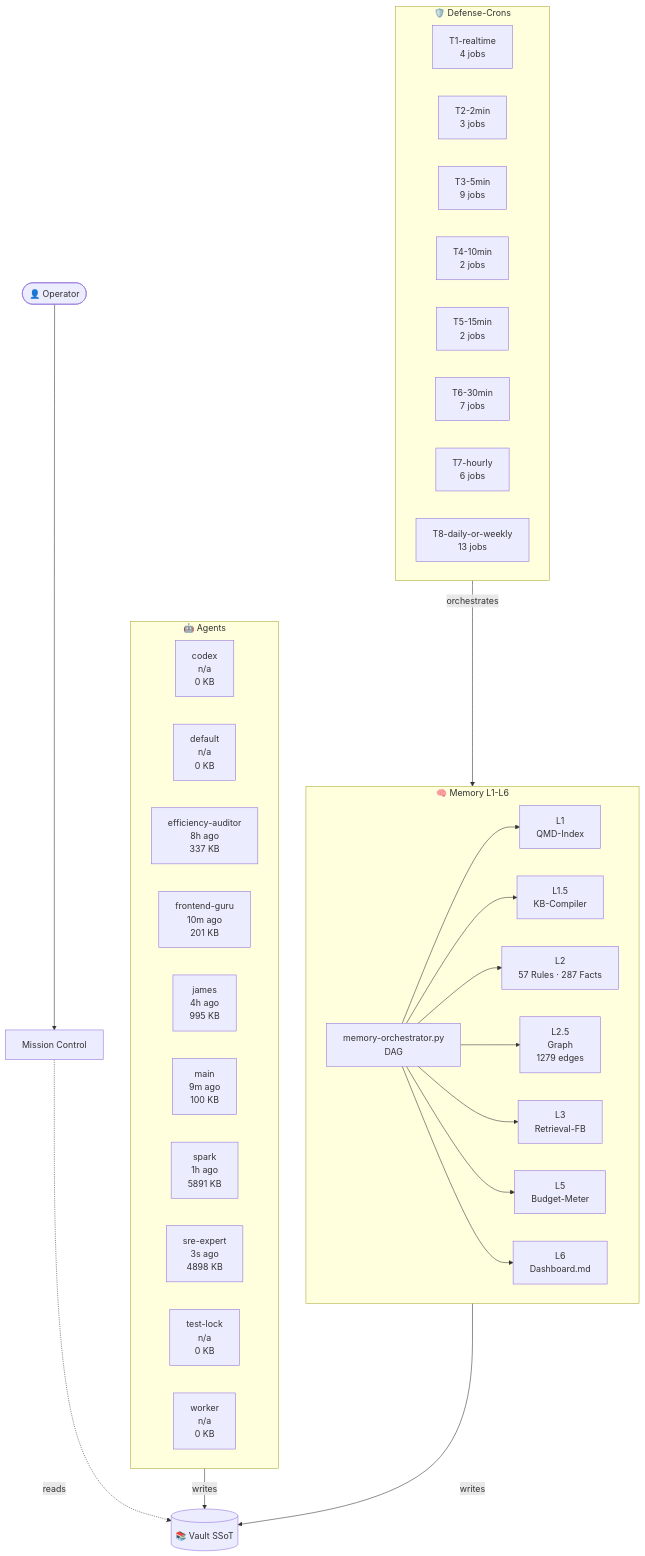
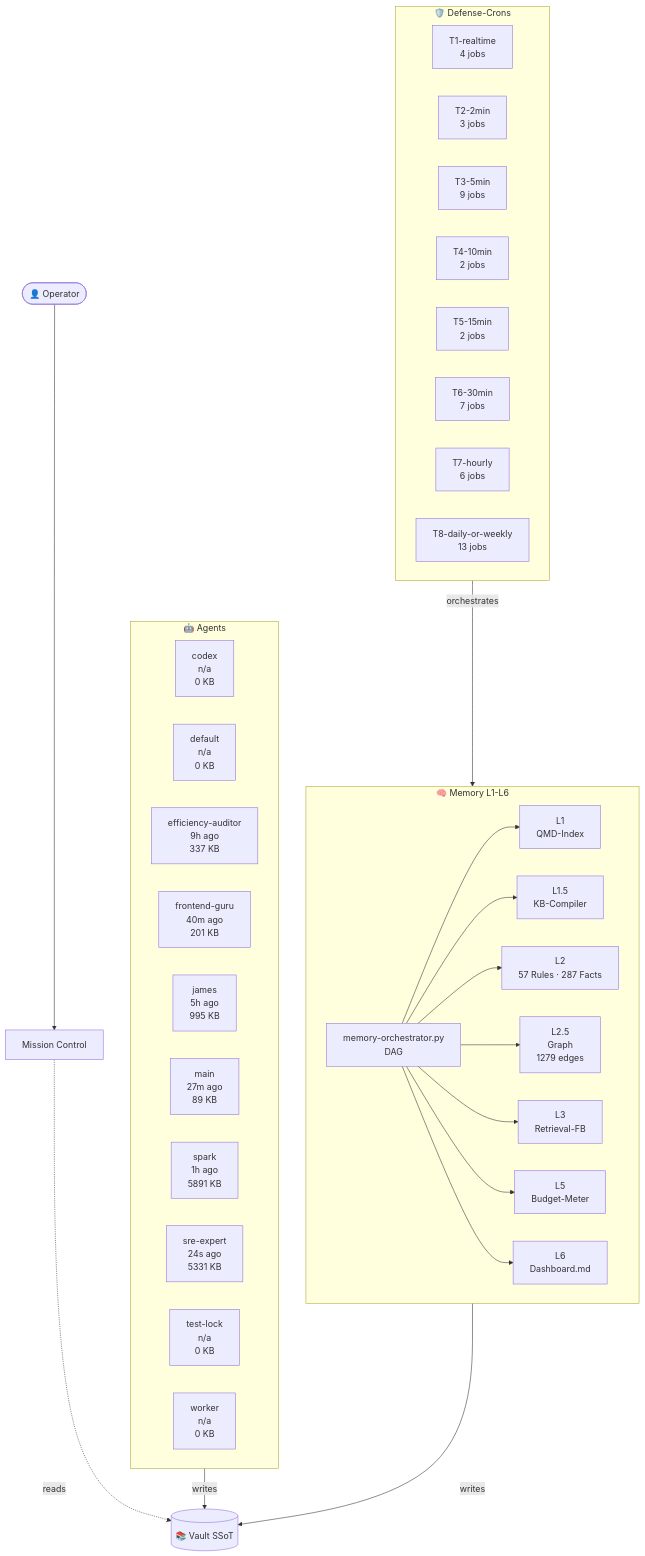
Before and after one commit to lenardhuebner88-rgb/openclaw-memory: the diagram in 03-Agents/architecture-live.md, drawn with Mermaid. The commit also changed other lines of this file and 1 other file, not shown here.

````diff
--- a/03-Agents/architecture-live.md
+++ b/03-Agents/architecture-live.md
@@ -18,51 +18,51 @@
 ```mermaid
 flowchart TB
     classDef critical fill:#fee,stroke:#c00,stroke-width:2px;
     subgraph AGT["🤖 Agents"]
         agent_codex["codex<br/>n/a<br/>0 KB"]
         agent_default["default<br/>n/a<br/>0 KB"]
-        agent_efficiency_auditor["efficiency-auditor<br/>8h ago<br/>337 KB"]
-        agent_frontend_guru["frontend-guru<br/>10m ago<br/>201 KB"]
-        agent_james["james<br/>4h ago<br/>995 KB"]
-        agent_main["main<br/>9m ago<br/>100 KB"]
+        agent_efficiency_auditor["efficiency-auditor<br/>9h ago<br/>337 KB"]
+        agent_frontend_guru["frontend-guru<br/>40m ago<br/>201 KB"]
+        agent_james["james<br/>5h ago<br/>995 KB"]
+        agent_main["main<br/>27m ago<br/>89 KB"]
         agent_spark["spark<br/>1h ago<br/>5891 KB"]
-        agent_sre_expert["sre-expert<br/>3s ago<br/>4898 KB"]
+        agent_sre_expert["sre-expert<br/>24s ago<br/>5331 KB"]
         agent_test_lock["test-lock<br/>n/a<br/>0 KB"]
         agent_worker["worker<br/>n/a<br/>0 KB"]
     end
     subgraph MEM["🧠 Memory L1-L6"]
         L1["L1<br/>QMD-Index"]
         L15["L1.5<br/>KB-Compiler"]
         L2["L2<br/>57 Rules · 287 Facts"]
         L25["L2.5<br/>Graph<br/>1279 edges"]
         L3["L3<br/>Retrieval-FB"]
         L5["L5<br/>Budget-Meter"]
         L6["L6<br/>Dashboard.md"]
         ORCH["memory-orchestrator.py<br/>DAG"]
     end
     subgraph CRN["🛡️ Defense-Crons"]
         tier_T1_realtime["T1-realtime<br/>4 jobs"]
         tier_T2_2min["T2-2min<br/>3 jobs"]
         tier_T3_5min["T3-5min<br/>9 jobs"]
         tier_T4_10min["T4-10min<br/>2 jobs"]
         tier_T5_15min["T5-15min<br/>2 jobs"]
         tier_T6_30min["T6-30min<br/>7 jobs"]
         tier_T7_hourly["T7-hourly<br/>6 jobs"]
         tier_T8_daily_or_weekly["T8-daily-or-weekly<br/>13 jobs"]
     end
     VAULT[("📚 Vault SSoT")]
     OP([👤 Operator])
     MC["Mission Control"]
     OP --> MC
     MC -.reads.-> VAULT
     AGT -->|writes| VAULT
     MEM -->|writes| VAULT
     ORCH --> L1
     ORCH --> L15
     ORCH --> L2
     ORCH --> L25
     ORCH --> L3
     ORCH --> L5
     ORCH --> L6
     CRN -->|orchestrates| MEM
 ```
````
